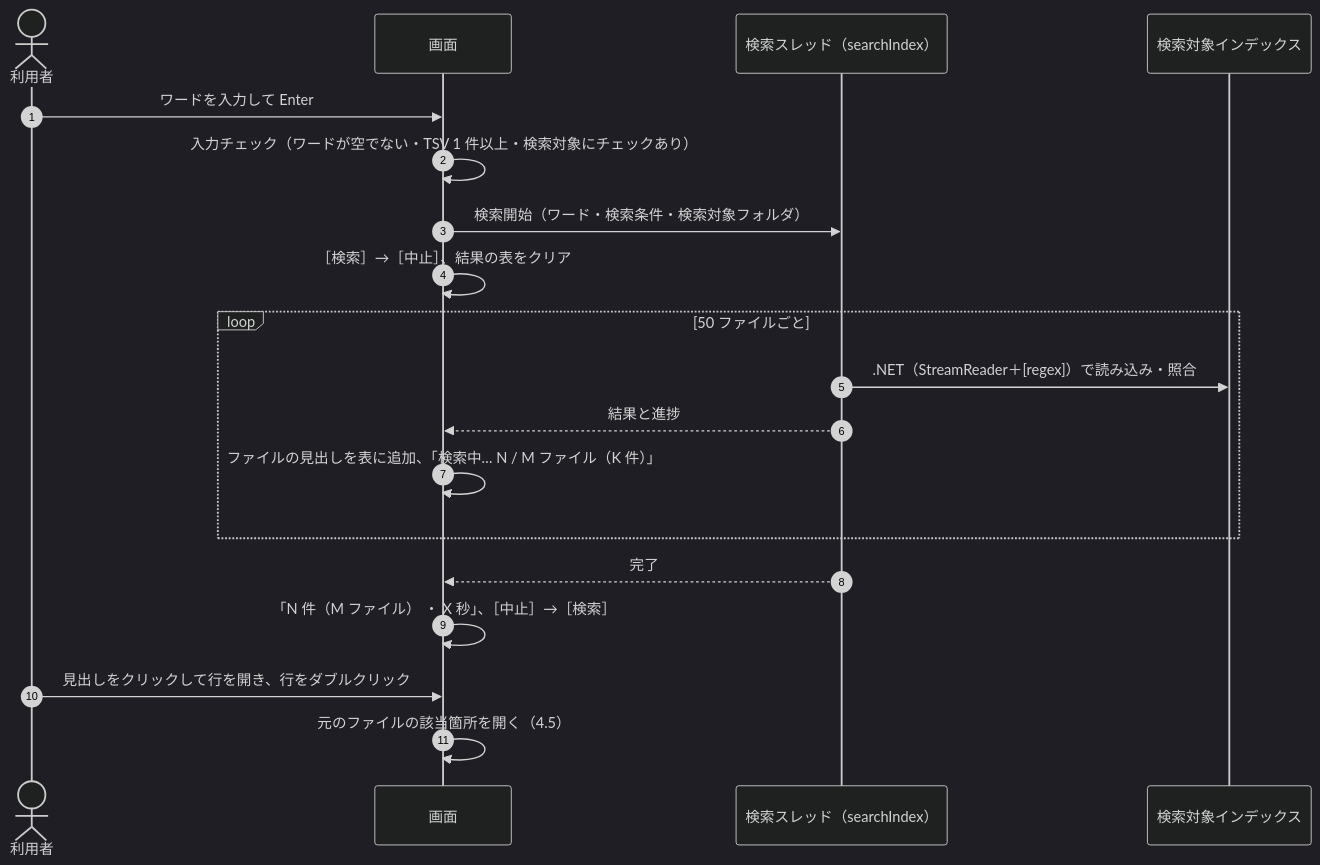
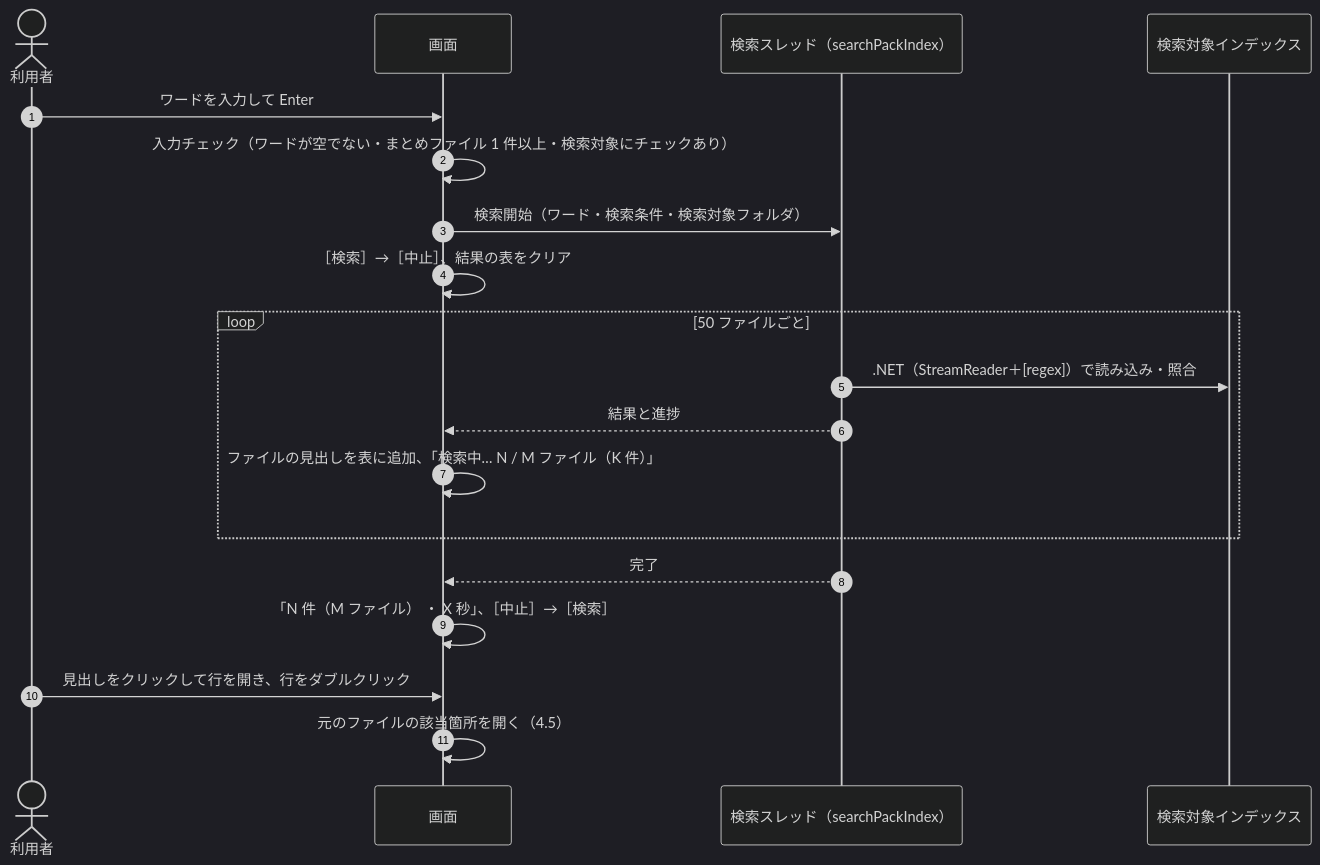
The second of 4 diagrams in docs/03_画面_4_状態と操作の流れ.md (hsgwa/tebunko), drawn with Mermaid (dark theme) before and after one commit. The commit also changed other lines of this file and 49 other files, not shown here.

````diff
--- a/docs/03_画面_4_状態と操作の流れ.md
+++ b/docs/03_画面_4_状態と操作の流れ.md
@@ -57,22 +57,22 @@
 ```mermaid
 sequenceDiagram
     autonumber
     actor U as 利用者
     participant G as 画面
-    participant S as 検索スレッド（searchIndex）
+    participant S as 検索スレッド（searchPackIndex）
     participant I as 検索対象インデックス
 
     U->>G: ワードを入力して Enter
-    G->>G: 入力チェック（ワードが空でない・TSV 1 件以上・検索対象にチェックあり）
+    G->>G: 入力チェック（ワードが空でない・まとめファイル 1 件以上・検索対象にチェックあり）
     G->>S: 検索開始（ワード・検索条件・検索対象フォルダ）
     G->>G: ［検索］→［中止］、結果の表をクリア
     loop 50 ファイルごと
         S->>I: .NET（StreamReader＋[regex]）で読み込み・照合
         S-->>G: 結果と進捗
         G->>G: ファイルの見出しを表に追加、「検索中… N / M ファイル（K 件）」
     end
     S-->>G: 完了
     G->>G: 「N 件（M ファイル） ・ X 秒」、［中止］→［検索］
     U->>G: 見出しをクリックして行を開き、行をダブルクリック
     G->>G: 元のファイルの該当箇所を開く（4.5）
 ```
````
